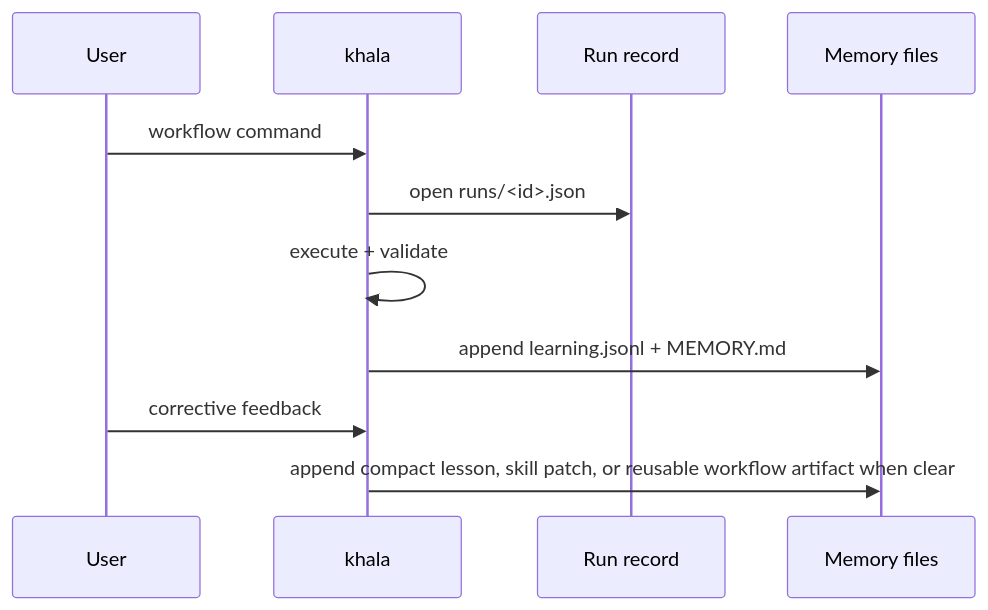
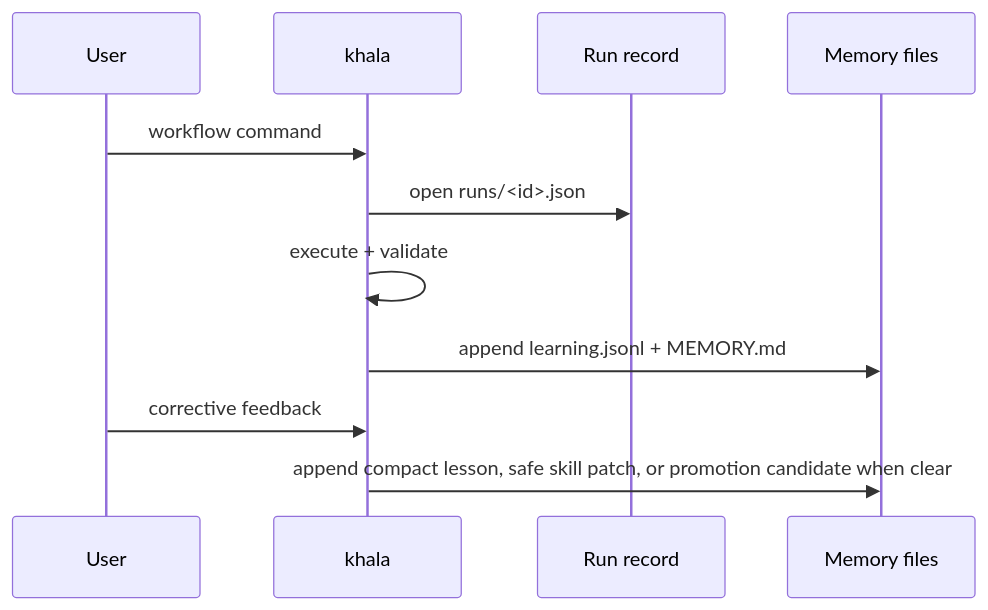
The second of 2 diagrams in README.md (pesap/khala), drawn with Mermaid before and after one commit. The commit also changed other lines of this file and 81 other files, not shown here.

````diff
--- a/README.md
+++ b/README.md
@@ -224,14 +227,14 @@
 ```mermaid
 sequenceDiagram
   participant U as User
   participant K as khala
   participant R as Run record
   participant M as Memory files
 
   U->>K: workflow command
   K->>R: open runs/<id>.json
   K->>K: execute + validate
   K->>M: append learning.jsonl + MEMORY.md
   U->>K: corrective feedback
-  K->>M: append compact lesson, skill patch, or reusable workflow artifact when clear
+  K->>M: append compact lesson, safe skill patch, or promotion candidate when clear
 ```
````
